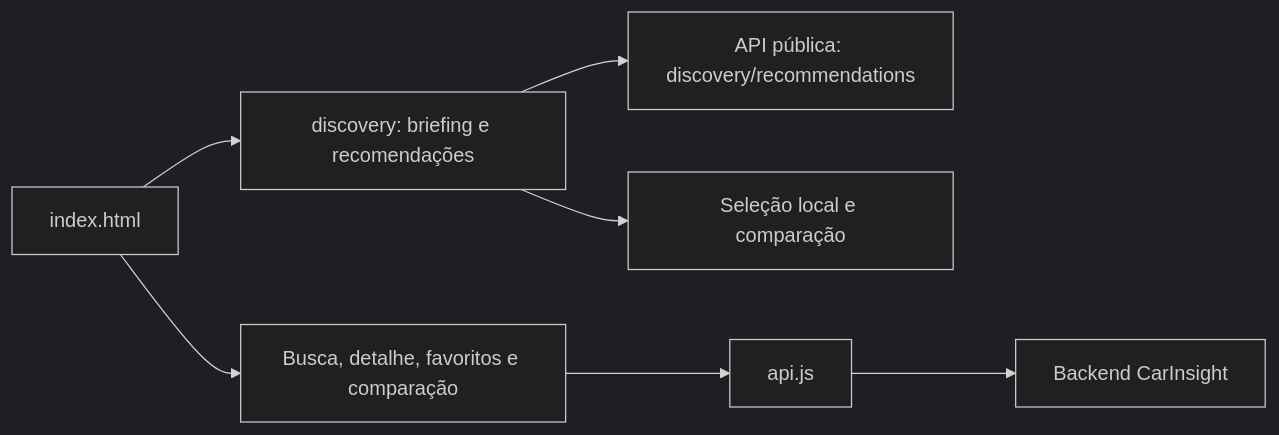
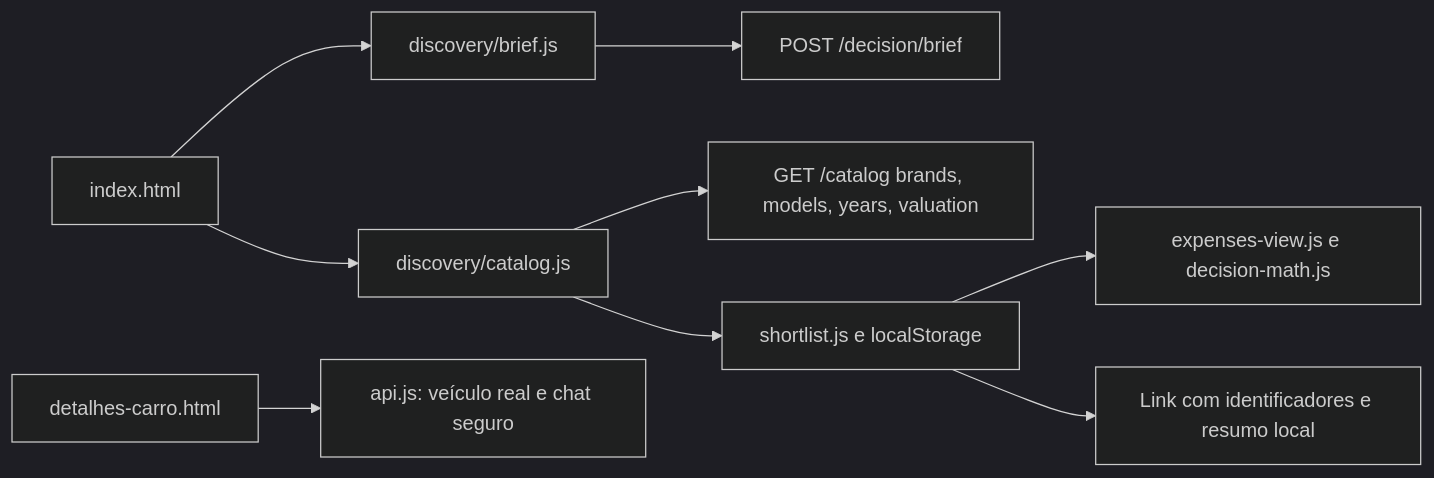
One commit to rafaelnovaes22/carinsight-frontend changed the diagram in README.md. Above: the diagram before and after it, drawn with Mermaid (dark theme). The commit also changed other lines of this file and 15 other files, not shown here.

````diff
--- a/README.md
+++ b/README.md
@@ -13,9 +15,11 @@
 ```mermaid
 flowchart LR
-  Home[index.html] --> Discovery[discovery: briefing e recomendações]
-  Discovery --> API[API pública: discovery/recommendations]
-  Home --> Legacy[Busca, detalhe, favoritos e comparação]
-  Legacy --> Client[api.js]
-  Client --> Backend[Backend CarInsight]
-  Discovery --> Shortlist[Seleção local e comparação]
+  Home[index.html] --> Brief[discovery/brief.js]
+  Brief --> Decision[POST /decision/brief]
+  Home --> Catalog[discovery/catalog.js]
+  Catalog --> Fipe[GET /catalog brands, models, years, valuation]
+  Catalog --> Selection[shortlist.js e localStorage]
+  Selection --> Costs[expenses-view.js e decision-math.js]
+  Selection --> Share[Link com identificadores e resumo local]
+  Detail[detalhes-carro.html] --> Offer[api.js: veículo real e chat seguro]
 ```
````
